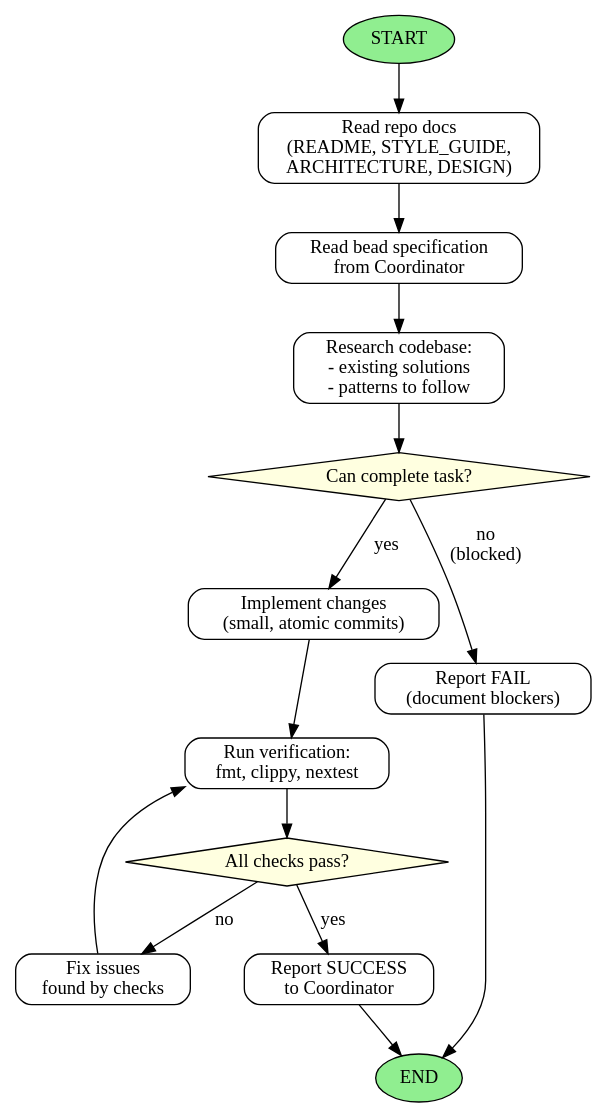
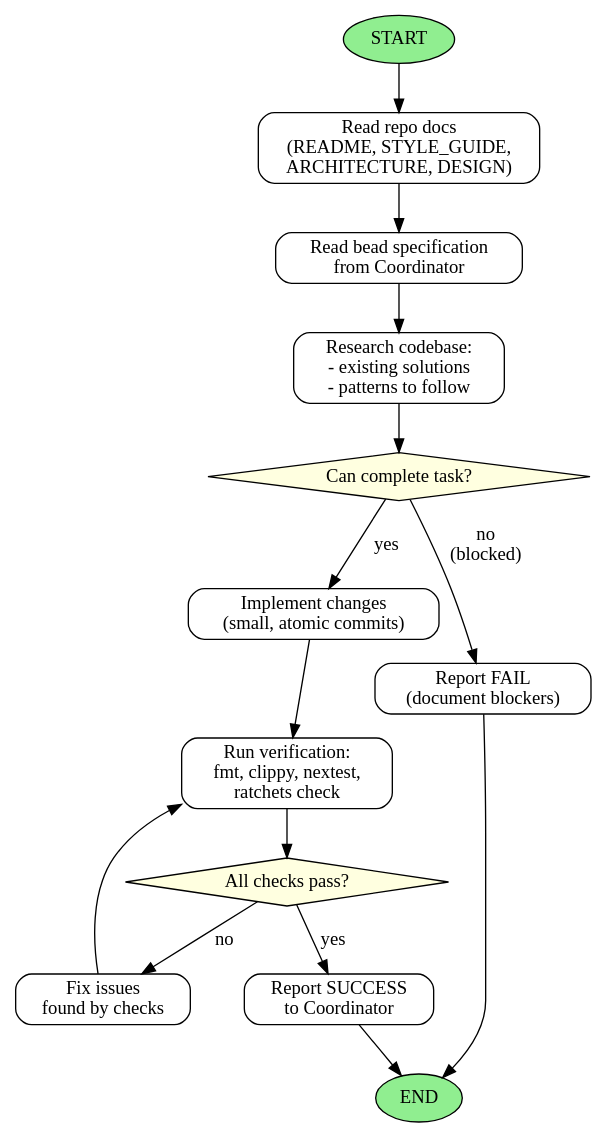
Before and after one commit to imbue-ai/offload: the diagram in .claude/agents/coding.md, drawn with Graphviz. The commit also changed other lines of this file and 1 other file, not shown here.

Commit message:
reflection: add ratchets check to coding agent Definition of Done
The only failure in the last 6 beads was a ratchet violation (.expect()
calls) caught by the Judge but not by the Coding Agent itself. The Coding
Agent instructions did not mention ratchets check, so agents had no way
to self-check before the Judge review. This adds ratchets check to both
the Coding Agent and the global Definition of Done, with guidance on
common violations and how to fix them.

````diff
--- a/.claude/agents/coding.md
+++ b/.claude/agents/coding.md
@@ -49,29 +50,29 @@
 ```dot
 digraph CodingAgentWorkflow {
   rankdir=TB;
   node [shape=box, style=rounded];
 
   START [shape=ellipse, style=filled, fillcolor=lightgreen];
   READ_DOCS [label="Read repo docs\n(README, STYLE_GUIDE,\nARCHITECTURE, DESIGN)"];
   READ_BEAD [label="Read bead specification\nfrom Coordinator"];
   RESEARCH [label="Research codebase:\n- existing solutions\n- patterns to follow"];
   CAN_COMPLETE [shape=diamond, style=filled, fillcolor=lightyellow, label="Can complete task?"];
   IMPLEMENT [label="Implement changes\n(small, atomic commits)"];
-  RUN_CHECKS [label="Run verification:\nfmt, clippy, nextest"];
+  RUN_CHECKS [label="Run verification:\nfmt, clippy, nextest,\nratchets check"];
   CHECKS_PASS [shape=diamond, style=filled, fillcolor=lightyellow, label="All checks pass?"];
   FIX_ISSUES [label="Fix issues\nfound by checks"];
   REPORT_SUCCESS [label="Report SUCCESS\nto Coordinator"];
   REPORT_FAIL [label="Report FAIL\n(document blockers)"];
   END [shape=ellipse, style=filled, fillcolor=lightgreen];
 
   START -> READ_DOCS -> READ_BEAD -> RESEARCH -> CAN_COMPLETE;
   CAN_COMPLETE -> IMPLEMENT [label="yes"];
   CAN_COMPLETE -> REPORT_FAIL [label="no\n(blocked)"];
   IMPLEMENT -> RUN_CHECKS -> CHECKS_PASS;
   CHECKS_PASS -> REPORT_SUCCESS [label="yes"];
   CHECKS_PASS -> FIX_ISSUES [label="no"];
   FIX_ISSUES -> RUN_CHECKS;
   REPORT_SUCCESS -> END;
   REPORT_FAIL -> END;
 }
 ```
````
